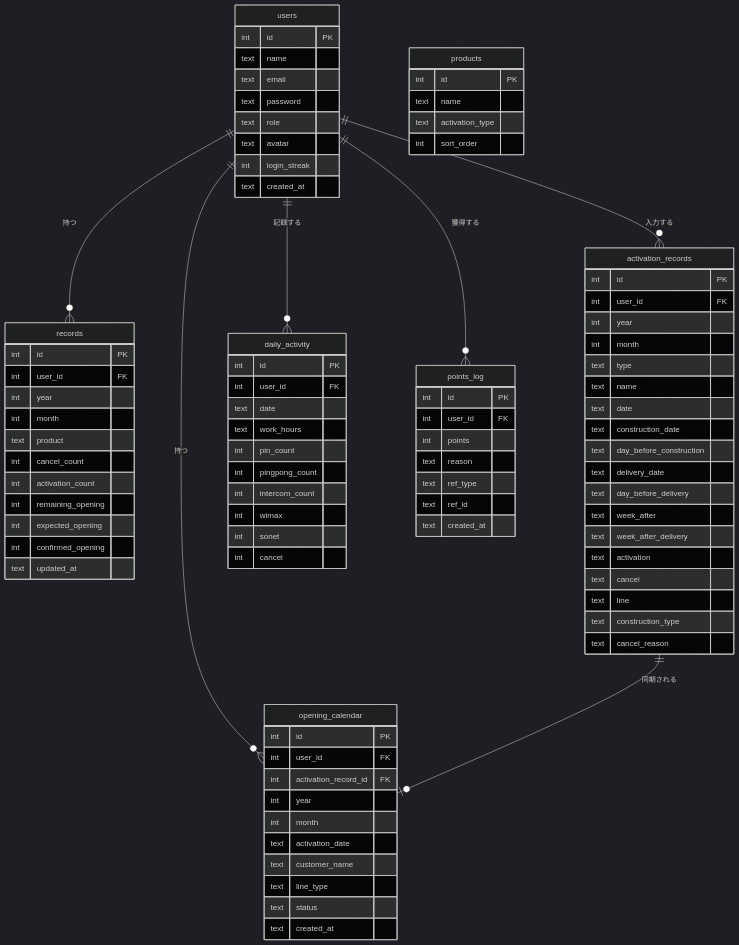
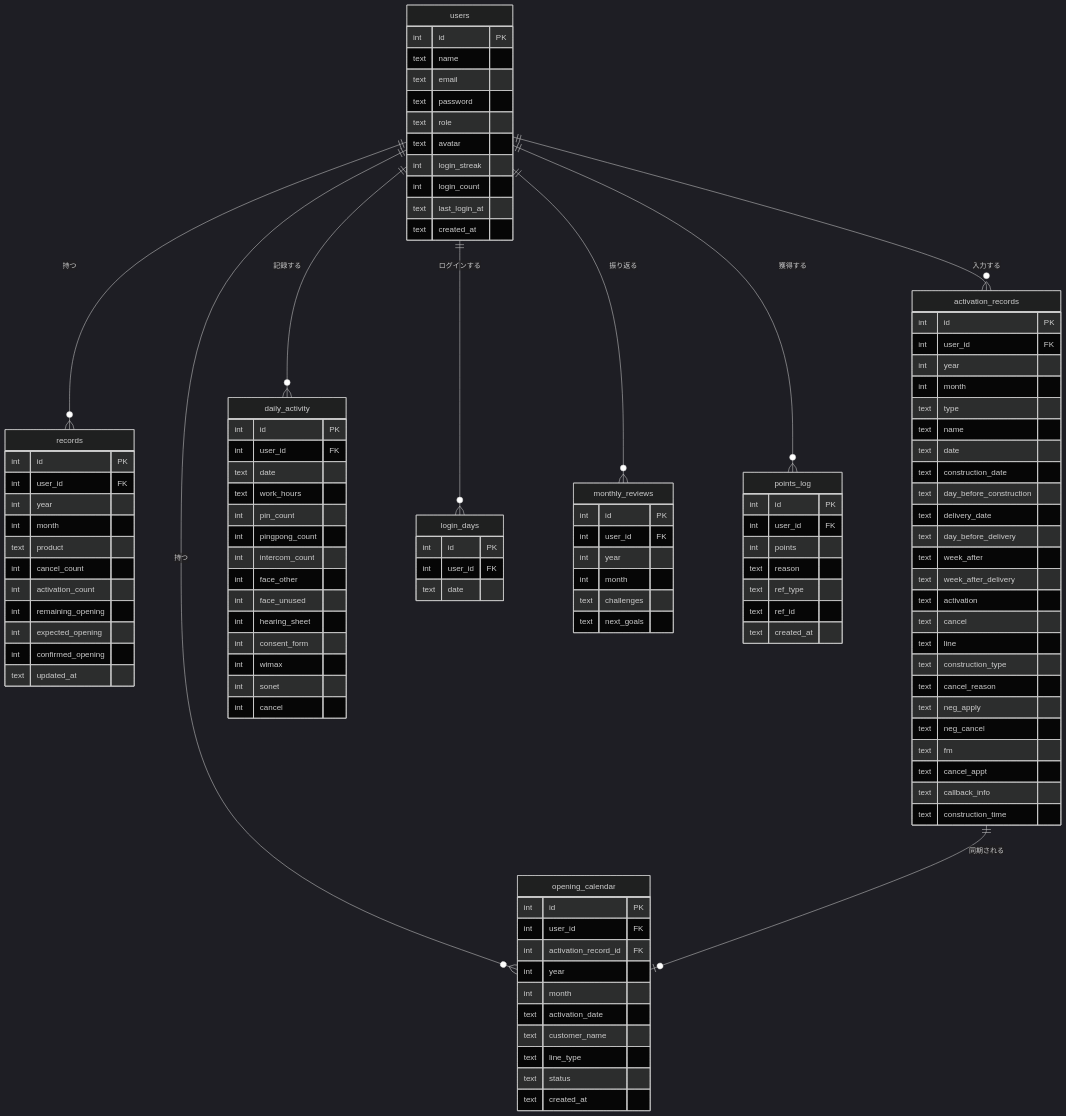
Before and after one commit to Takumi5008/hkr-app: the first of 3 diagrams in docs/functional-design.md, drawn with Mermaid (dark theme). The commit also changed other lines of this file and 5 other files, not shown here.

First line of the commit message:
Update docs, DB schema, and cleanup: monthly_targets table + doc refresh

````diff
--- a/docs/functional-design.md
+++ b/docs/functional-design.md
@@ -24,6 +24,8 @@
         text role
         text avatar
         int login_streak
+        int login_count
+        text last_login_at
         text created_at
     }
     records {
@@ -58,6 +60,12 @@
         text line
         text construction_type
         text cancel_reason
+        text neg_apply
+        text neg_cancel
+        text fm
+        text cancel_appt
+        text callback_info
+        text construction_time
     }
     opening_calendar {
         int id PK
@@ -71,12 +79,6 @@
         text status
         text created_at
     }
-    products {
-        int id PK
-        text name
-        text activation_type
-        int sort_order
-    }
     daily_activity {
         int id PK
         int user_id FK
@@ -85,9 +87,26 @@
         int pin_count
         int pingpong_count
         int intercom_count
+        int face_other
+        int face_unused
+        int hearing_sheet
+        int consent_form
         int wimax
         int sonet
         int cancel
+    }
+    login_days {
+        int id PK
+        int user_id FK
+        text date
+    }
+    monthly_reviews {
+        int id PK
+        int user_id FK
+        int year
+        int month
+        text challenges
+        text next_goals
     }
     points_log {
         int id PK
@@ -103,6 +122,8 @@
     users ||--o{ activation_records : "入力する"
     users ||--o{ opening_calendar : "持つ"
     users ||--o{ daily_activity : "記録する"
+    users ||--o{ login_days : "ログインする"
+    users ||--o{ monthly_reviews : "振り返る"
     users ||--o{ points_log : "獲得する"
     activation_records ||--o| opening_calendar : "同期される"
 ```
````
